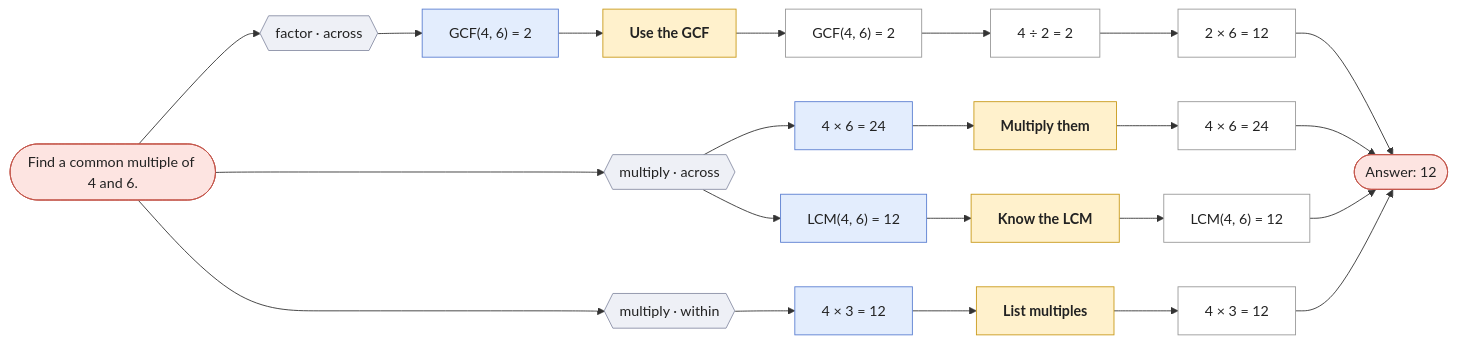
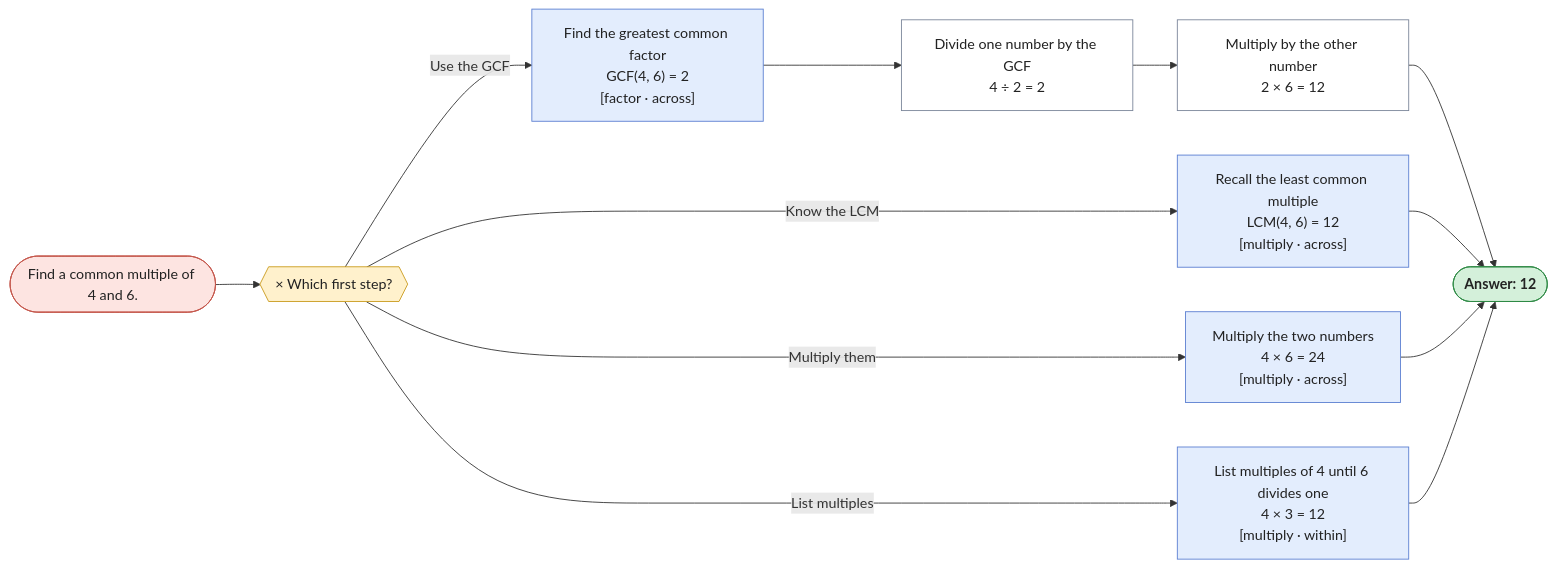
Before and after one commit to rahuldave/ProblemSolving: the diagram in v2/svg/common-multiple-1.mmd, drawn with Mermaid. The commit also changed 205 other files, not shown here.

First line of the commit message:
Rework data and diagrams around one step language and graph grammar

```diff
--- a/v2/svg/common-multiple-1.mmd
+++ b/v2/svg/common-multiple-1.mmd
@@ -1,53 +1,31 @@
 flowchart LR
   n0(["Find a common multiple of 4 and 6."])
   n1(["Answer: 12"])
-  n2["Know the LCM"]
-  n3["LCM(4, 6) = 12"]
-  n2 --> n3
-  n3 --> n1
-  n4["List multiples"]
-  n5["4 × 3 = 12"]
+  n2{{"× Which first step?"}}
+  n3["Find the greatest common factor<br/>GCF(4, 6) = 2<br/>[factor · across]"]
+  n4["Divide one number by the GCF<br/>4 ÷ 2 = 2"]
+  n5["Multiply by the other number<br/>2 × 6 = 12"]
+  n6["Recall the least common multiple<br/>LCM(4, 6) = 12<br/>[multiply · across]"]
+  n7["Multiply the two numbers<br/>4 × 6 = 24<br/>[multiply · across]"]
+  n8["List multiples of 4 until 6 divides one<br/>4 × 3 = 12<br/>[multiply · within]"]
+  n0 --> n2
+  n2 -->|"Use the GCF"| n3
   n4 --> n5
   n5 --> n1
-  n6["Multiply them"]
-  n7["4 × 6 = 24"]
-  n6 --> n7
+  n3 --> n4
+  n2 -->|"Know the LCM"| n6
+  n6 --> n1
+  n2 -->|"Multiply them"| n7
   n7 --> n1
-  n8["Use the GCF"]
-  n9["GCF(4, 6) = 2"]
-  n8 --> n9
-  n10["4 ÷ 2 = 2"]
-  n9 --> n10
-  n11["2 × 6 = 12"]
-  n10 --> n11
-  n11 --> n1
-  n12["GCF(4, 6) = 2"]
-  n13{{"factor · across"}}
-  n0 --> n13
-  n13 --> n12
-  n12 --> n8
-  n14["4 × 6 = 24"]
-  n15{{"multiply · across"}}
-  n0 --> n15
-  n15 --> n14
-  n14 --> n6
-  n16["LCM(4, 6) = 12"]
-  n15 --> n16
-  n16 --> n2
-  n17["4 × 3 = 12"]
-  n18{{"multiply · within"}}
-  n0 --> n18
-  n18 --> n17
-  n17 --> n4
-  classDef cls fill:#eef0f6,stroke:#8a90a6,color:#222
-  classDef first fill:#e3edfd,stroke:#5b7fd1,color:#222
-  classDef second fill:#efe6fb,stroke:#8b63c9,color:#222
-  classDef method fill:#fff1cc,stroke:#c99a1a,color:#222,font-weight:bold
-  classDef skill fill:#e3f4e6,stroke:#3f9a55,stroke-dasharray:5 3,color:#222
-  classDef step fill:#ffffff,stroke:#999,color:#222
-  classDef ans fill:#fde4e1,stroke:#c4554a,color:#222
-  class n13,n15,n18 cls
-  class n12,n14,n16,n17 first
-  class n2,n4,n6,n8 method
-  class n3,n5,n7,n9,n10,n11 step
-  class n0,n1 ans
+  n2 -->|"List multiples"| n8
+  n8 --> n1
+  classDef k_choice fill:#fff1cc,stroke:#c99a1a,color:#222
+  classDef k_end fill:#d4f0da,stroke:#2f8a45,color:#222,font-weight:bold
+  classDef k_first fill:#e3edfd,stroke:#5b7fd1,color:#222
+  classDef k_start fill:#fde4e1,stroke:#c4554a,color:#222
+  classDef k_step fill:#ffffff,stroke:#7a8599,color:#222
+  class n2 k_choice
+  class n1 k_end
+  class n3,n6,n7,n8 k_first
+  class n0 k_start
+  class n4,n5 k_step
```
